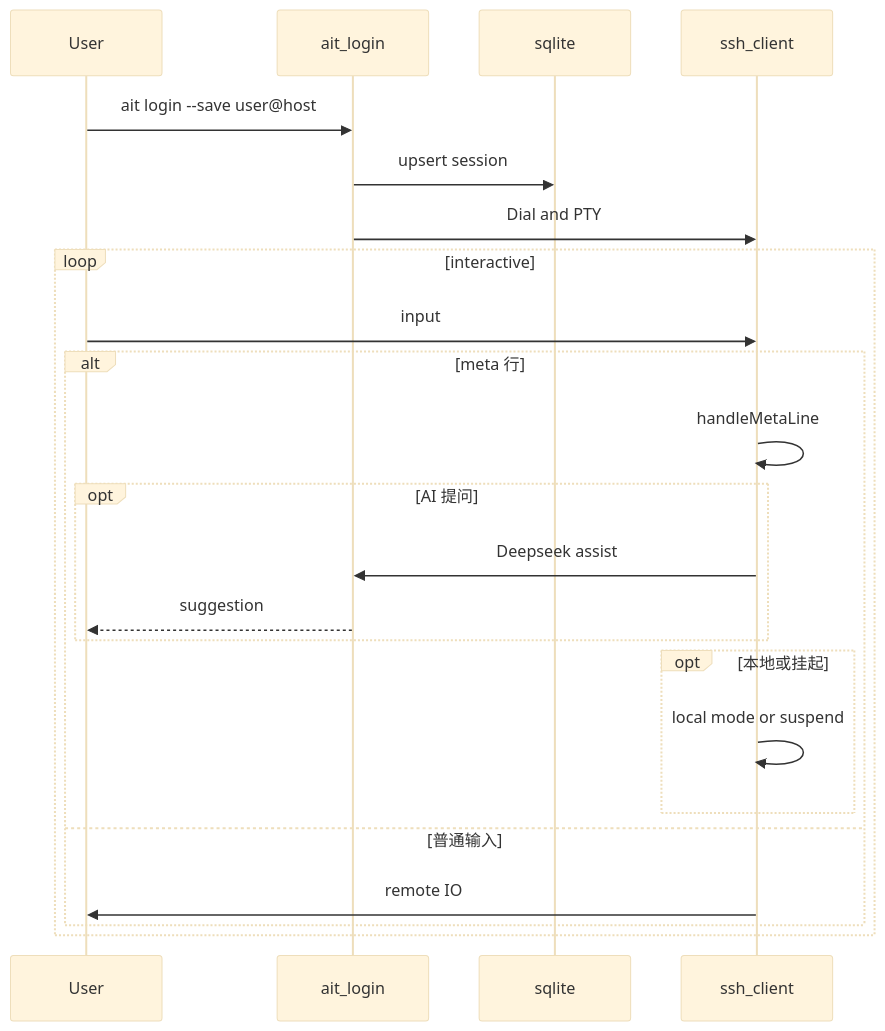
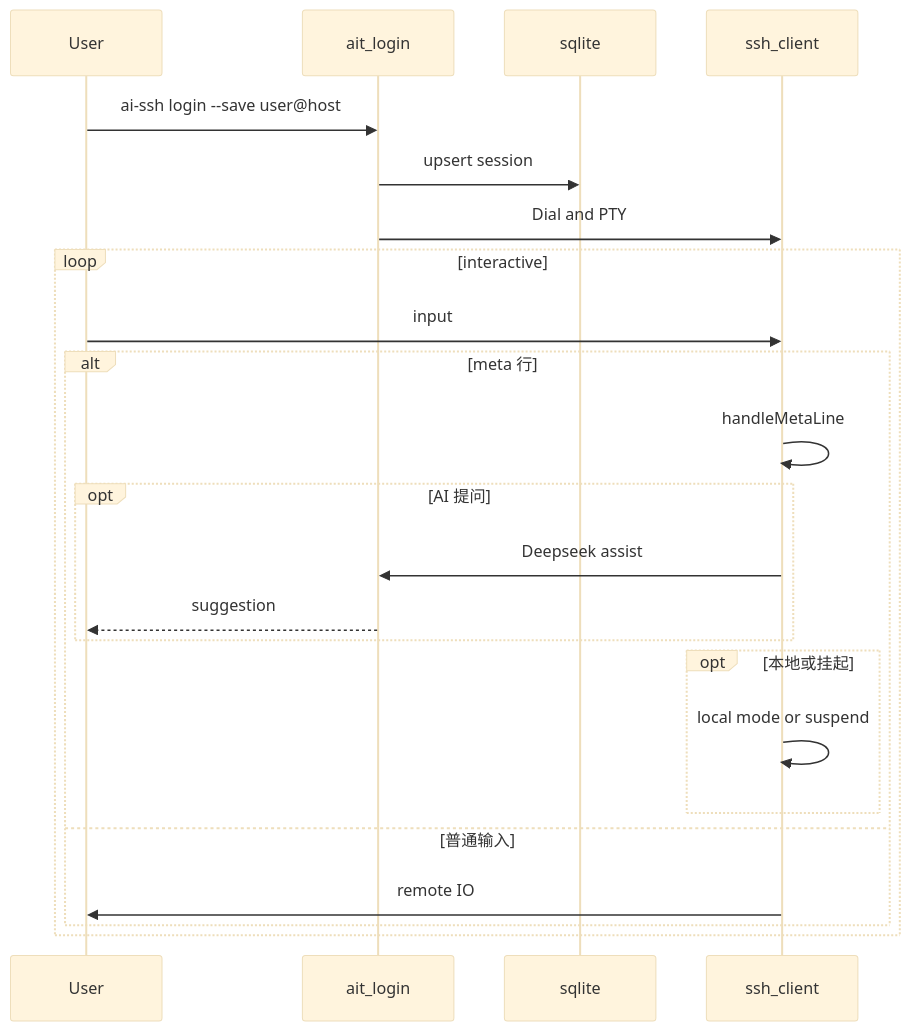
One commit to os-artificer/AiT changed the fourth of 8 diagrams in docs/design.zh-CN.md. Above: the diagram before and after it, drawn with Mermaid (base theme). The commit also changed other lines of this file and 519 other files, not shown here.

Commit message:
feat(cli): rename ait CLI to ai-ssh toolbox tool

````diff
--- a/docs/design.zh-CN.md
+++ b/docs/design.zh-CN.md
@@ -347,25 +347,25 @@
 ```mermaid
 sequenceDiagram
   participant User
   participant CLI as ait_login
   participant DB as sqlite
   participant SSH as ssh_client
-  User->>CLI: ait login --save user@host
+  User->>CLI: ai-ssh login --save user@host
   CLI->>DB: upsert session
   CLI->>SSH: Dial and PTY
   loop interactive
     User->>SSH: input
     alt meta 行
       SSH->>SSH: handleMetaLine
       opt AI 提问
         SSH->>CLI: Deepseek assist
         CLI-->>User: suggestion
       end
       opt 本地或挂起
         SSH->>SSH: local mode or suspend
       end
     else 普通输入
       SSH->>User: remote IO
     end
   end
 ```
````
